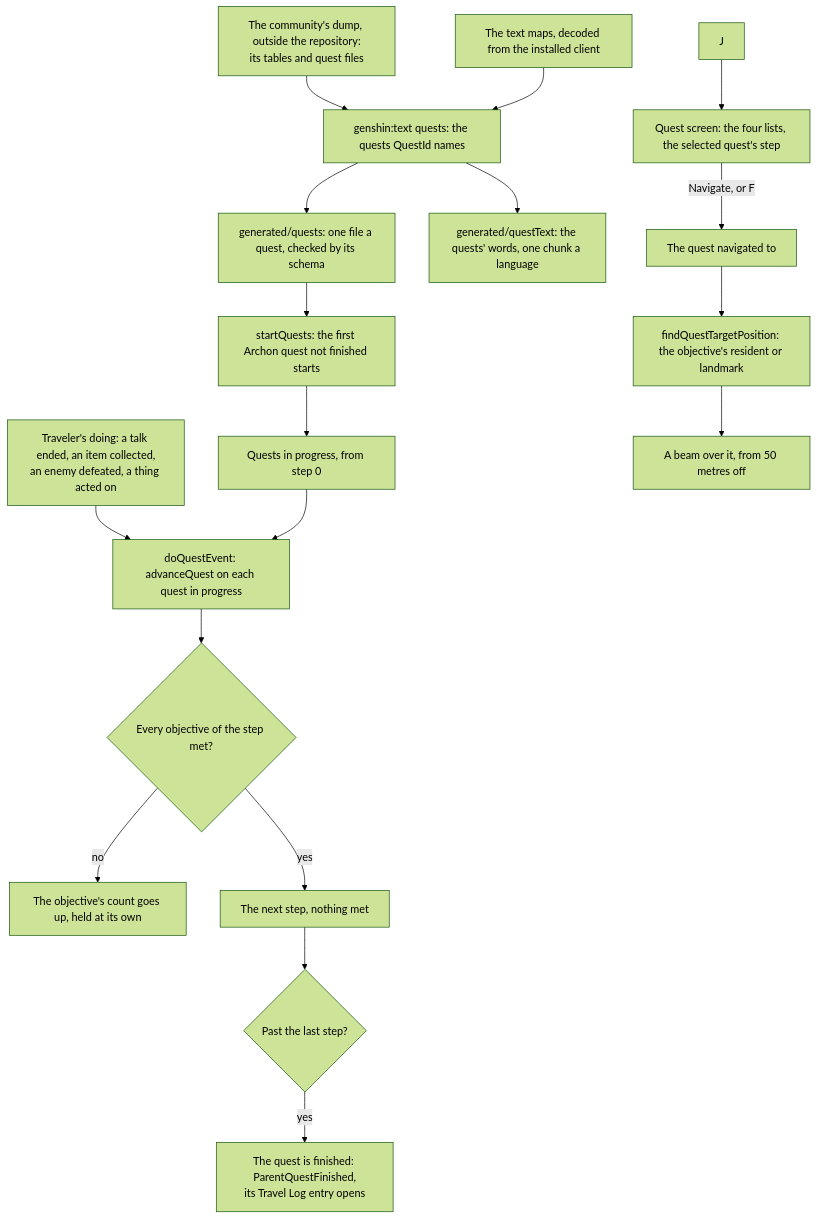
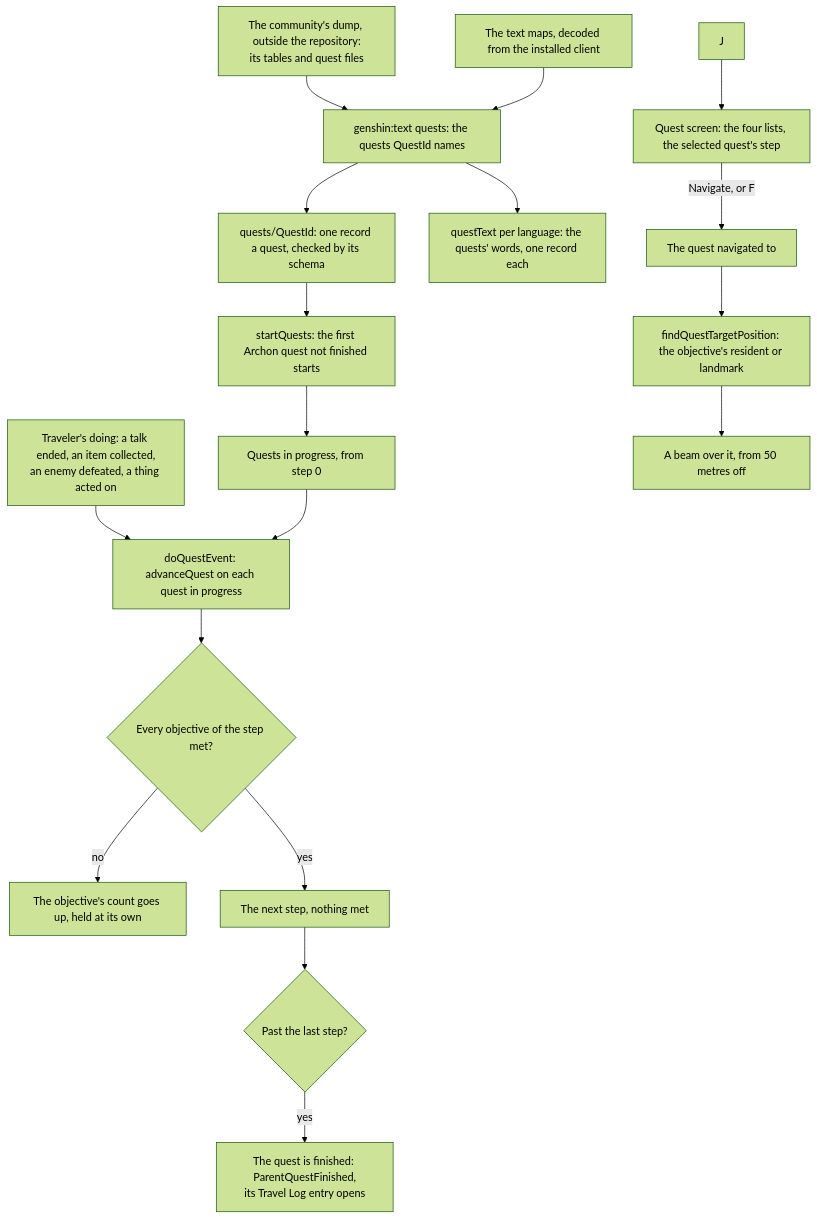
The diagram in apps/web/content/docs/genshin/quests.md (Esposter/Esposter), drawn with Mermaid (forest theme) before and after one commit. The commit also changed other lines of this file and 31 other files, not shown here.

````diff
--- a/apps/web/content/docs/genshin/quests.md
+++ b/apps/web/content/docs/genshin/quests.md
@@ -12,20 +12,20 @@
 ```mermaid
 flowchart TD
   DUMP["The community's dump, outside the repository:<br/>its tables and quest files"] --> READ["genshin:text quests: the quests QuestId names"]
   DECODE["The text maps, decoded from the installed client"] --> READ
-  READ --> FILES["generated/quests: one file a quest, checked by its schema"]
-  READ --> WORDS["generated/questText: the quests' words, one chunk a language"]
+  READ --> FILES["quests/QuestId: one record a quest, checked by its schema"]
+  READ --> WORDS["questText per language: the quests' words, one record each"]
   FILES --> START["startQuests: the first Archon quest not finished starts"]
   START --> PROGRESS["Quests in progress, from step 0"]
   DOING["Traveler's doing: a talk ended, an item collected,<br/>an enemy defeated, a thing acted on"] --> ADVANCE["doQuestEvent: advanceQuest on each quest in progress"]
   PROGRESS --> ADVANCE
   ADVANCE --> MET{"Every objective of the step met?"}
   MET -->|"no"| COUNT["The objective's count goes up, held at its own"]
   MET -->|"yes"| STEP["The next step, nothing met"]
   STEP --> DONE{"Past the last step?"}
   DONE -->|"yes"| FINISHED["The quest is finished: ParentQuestFinished,<br/>its Travel Log entry opens"]
   J["J"] --> SCREEN["Quest screen: the four lists, the selected quest's step"]
   SCREEN -->|"Navigate, or F"| TRACKED["The quest navigated to"]
   TRACKED --> TARGET["findQuestTargetPosition: the objective's resident or landmark"]
   TARGET --> BEAM["A beam over it, from 50 metres off"]
 ```
````
